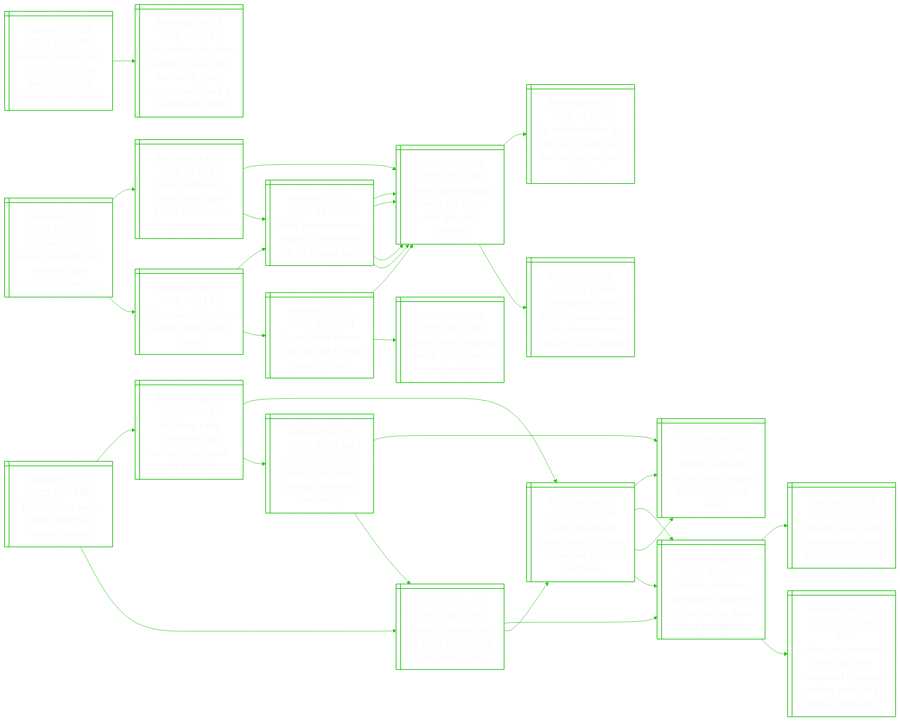
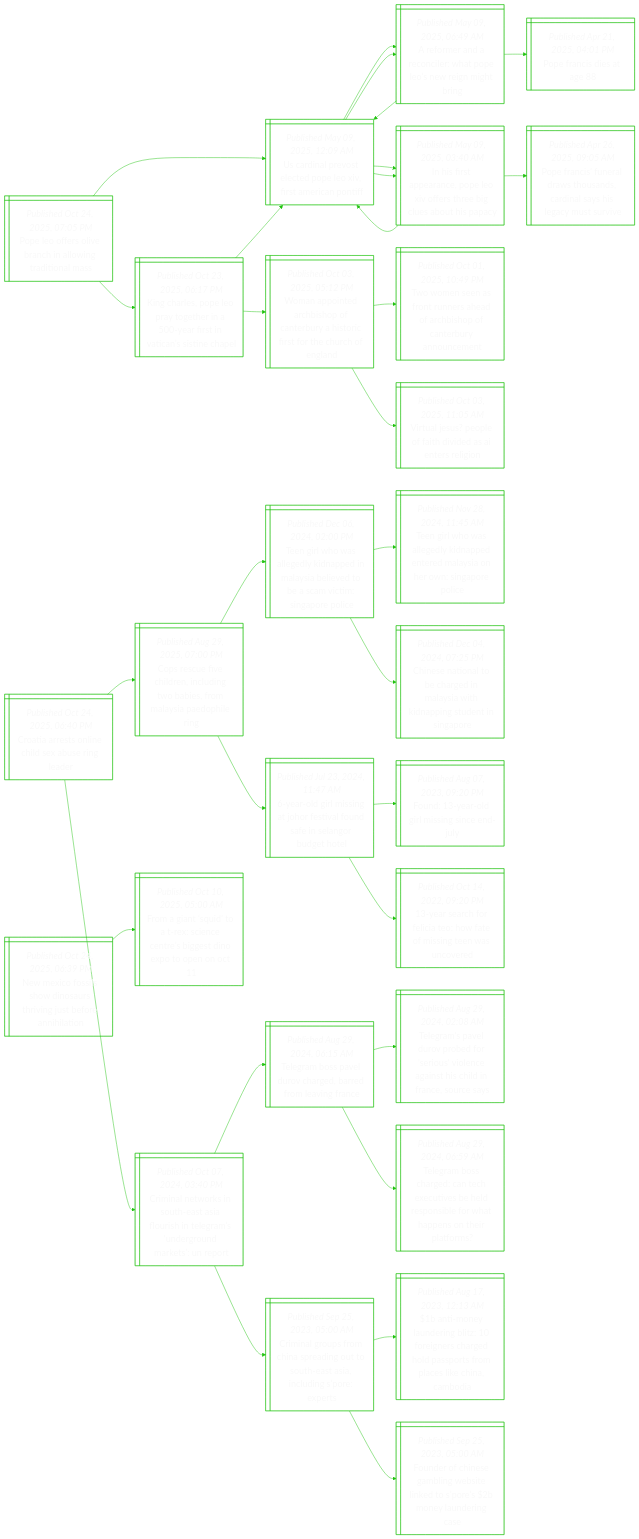
The diagram in README.md (notJmes/notJmes), drawn with Mermaid before and after one commit. The commit also changed other lines of this file, not shown here.

````diff
--- a/README.md
+++ b/README.md
@@ -16,103 +16,103 @@
 flowchart LR
 classDef txtsize font-size:20px;
 
-Bsorflafns@{ shape: win-pane, label: "_Published Oct 24, 2025, 03:35 PM_
-British labour party suffers landmark defeat in wales" }
-AornnSevehet@{ shape: win-pane, label: "_Published Sep 29, 2025, 06:03 PM_
-At labour party conference, pm starmer’s rival steals the limelight" }
-Fedrhtftruon@{ shape: win-pane, label: "_Published Sep 26, 2025, 05:34 PM_
-Farage would win british election if held tomorrow, yougov poll finds" }
-Biptrtdordr@{ shape: win-pane, label: "_Published Sep 22, 2025, 09:06 PM_
-Britain’s populist reform party pledges tougher residency rules" }
-BinumogIwrellgo@{ shape: win-pane, label: "_Published Sep 26, 2025, 02:42 PM_
-Britain to introduce compulsory digital id for workers to deter illegal immigration" }
-Biteemnepnen@{ shape: win-pane, label: "_Published Sep 29, 2025, 05:38 AM_
-Britain may toughen rules for migrants seeking permanent residency" }
-Biptrtdordr@{ shape: win-pane, label: "_Published Sep 22, 2025, 09:06 PM_
-Britain’s populist reform party pledges tougher residency rules" }
-Biacotnnpln@{ shape: win-pane, label: "_Published Sep 28, 2025, 06:13 PM_
-Britain’s starmer calls on party to unite and ‘stop navel-gazing’" }
-Biacotnnpln@{ shape: win-pane, label: "_Published Sep 28, 2025, 06:13 PM_
-Britain’s starmer calls on party to unite and ‘stop navel-gazing’" }
-BinumogIwrellgo@{ shape: win-pane, label: "_Published Sep 26, 2025, 02:42 PM_
-Britain to introduce compulsory digital id for workers to deter illegal immigration" }
-Bisictotmho@{ shape: win-pane, label: "_Published Aug 24, 2025, 09:45 AM_
-Britain’s mass facial recognition roll-out alarms rights groups" }
-ThnealmeEerdnrnt@{ shape: win-pane, label: "_Published Jun 12, 2025, 06:20 PM_
-The schengen agreement at 40: will free movement in europe endure amid rising migrant antipathy?" }
-Fedrhtftruon@{ shape: win-pane, label: "_Published Sep 26, 2025, 05:34 PM_
-Farage would win british election if held tomorrow, yougov poll finds" }
-Biptrtdordr@{ shape: win-pane, label: "_Published Sep 22, 2025, 09:06 PM_
-Britain’s populist reform party pledges tougher residency rules" }
-BinumogIwrellgo@{ shape: win-pane, label: "_Published Sep 26, 2025, 02:42 PM_
-Britain to introduce compulsory digital id for workers to deter illegal immigration" }
+Peeianwrim@{ shape: win-pane, label: "_Published Oct 24, 2025, 07:05 PM_
+Pope leo offers olive branch in allowing traditional mass" }
+UdPscooimat@{ shape: win-pane, label: "_Published May 09, 2025, 12:09 AM_
+Us cardinal prevost elected pope leo xiv, first american pontiff" }
+Arnclaenigi@{ shape: win-pane, label: "_Published May 09, 2025, 06:49 AM_
+A reformer and a reconciler: what pope leo’s new reign might bring" }
+Prsa@{ shape: win-pane, label: "_Published Apr 21, 2025, 04:01 PM_
+Pope francis dies at age 88" }
+UdPscooimat@{ shape: win-pane, label: "_Published May 09, 2025, 12:09 AM_
+Us cardinal prevost elected pope leo xiv, first american pontiff" }
+IfarPeoselbia@{ shape: win-pane, label: "_Published May 09, 2025, 03:40 AM_
+In his first appearance, pope leo xiv offers three big clues about his papacy" }
+UdPscooimat@{ shape: win-pane, label: "_Published May 09, 2025, 12:09 AM_
+Us cardinal prevost elected pope leo xiv, first american pontiff" }
+Prsraoddsiasv@{ shape: win-pane, label: "_Published Apr 26, 2025, 09:05 AM_
+Pope francis’ funeral draws thousands, cardinal says his legacy must survive" }
+KhsLaeiasanth@{ shape: win-pane, label: "_Published Oct 23, 2025, 06:17 PM_
+King charles, pope leo pray together in a 500-year first in vatican’s sistine chapel" }
+UdPscooimat@{ shape: win-pane, label: "_Published May 09, 2025, 12:09 AM_
+Us cardinal prevost elected pope leo xiv, first american pontiff" }
+Arnclaenigi@{ shape: win-pane, label: "_Published May 09, 2025, 06:49 AM_
+A reformer and a reconciler: what pope leo’s new reign might bring" }
+IfarPeoselbia@{ shape: win-pane, label: "_Published May 09, 2025, 03:40 AM_
+In his first appearance, pope leo xiv offers three big clues about his papacy" }
+Wanrsfeytffecnd@{ shape: win-pane, label: "_Published Oct 03, 2025, 05:12 PM_
+Woman appointed archbishop of canterbury a historic first for the church of england" }
+TmerusdchCrann@{ shape: win-pane, label: "_Published Oct 01, 2025, 10:49 PM_
+Two women seen as front runners ahead of archbishop of canterbury announcement" }
+VaupfdeIri@{ shape: win-pane, label: "_Published Oct 03, 2025, 11:05 AM_
+Virtual jesus? people of faith divided as ai enters religion" }
 
-Bsorflafns:::txtsize --> AornnSevehet:::txtsize
-AornnSevehet:::txtsize --> Fedrhtftruon:::txtsize
-Fedrhtftruon:::txtsize --> Biptrtdordr:::txtsize
-Fedrhtftruon:::txtsize --> BinumogIwrellgo:::txtsize
-AornnSevehet:::txtsize --> Biteemnepnen:::txtsize
-Biteemnepnen:::txtsize --> Biptrtdordr:::txtsize
-Biteemnepnen:::txtsize --> Biacotnnpln:::txtsize
-Bsorflafns:::txtsize --> Biacotnnpln:::txtsize
-Biacotnnpln:::txtsize --> BinumogIwrellgo:::txtsize
-BinumogIwrellgo:::txtsize --> Bisictotmho:::txtsize
-BinumogIwrellgo:::txtsize --> ThnealmeEerdnrnt:::txtsize
-Biacotnnpln:::txtsize --> Fedrhtftruon:::txtsize
-Fedrhtftruon:::txtsize --> Biptrtdordr:::txtsize
-Fedrhtftruon:::txtsize --> BinumogIwrellgo:::txtsize
+Peeianwrim:::txtsize --> UdPscooimat:::txtsize
+UdPscooimat:::txtsize --> Arnclaenigi:::txtsize
+Arnclaenigi:::txtsize --> Prsa:::txtsize
+Arnclaenigi:::txtsize --> UdPscooimat:::txtsize
+UdPscooimat:::txtsize --> IfarPeoselbia:::txtsize
+IfarPeoselbia:::txtsize --> UdPscooimat:::txtsize
+IfarPeoselbia:::txtsize --> Prsraoddsiasv:::txtsize
+Peeianwrim:::txtsize --> KhsLaeiasanth:::txtsize
+KhsLaeiasanth:::txtsize --> UdPscooimat:::txtsize
+UdPscooimat:::txtsize --> Arnclaenigi:::txtsize
+UdPscooimat:::txtsize --> IfarPeoselbia:::txtsize
+KhsLaeiasanth:::txtsize --> Wanrsfeytffecnd:::txtsize
+Wanrsfeytffecnd:::txtsize --> TmerusdchCrann:::txtsize
+Wanrsfeytffecnd:::txtsize --> VaupfdeIri:::txtsize
 
-Gnerswwulss@{ shape: win-pane, label: "_Published Oct 24, 2025, 01:40 PM_
-German mothers earn $45,000 less than women without children, study shows" }
-Gurgerketymuawr@{ shape: win-pane, label: "_Published Oct 05, 2024, 10:00 AM_
-Gen z mumz: forgoing careers to raise kids before 30, these young mums buck a nationwide trend" }
+Ciencsund@{ shape: win-pane, label: "_Published Oct 24, 2025, 06:40 PM_
+Croatia arrests online child sex abuse ring leader" }
+Cefhelgafaidlg@{ shape: win-pane, label: "_Published Aug 29, 2025, 07:00 PM_
+Cops rescue five children, including two babies, from malaysia paedophile ring" }
+TiolddeaiitsiSpo@{ shape: win-pane, label: "_Published Dec 06, 2024, 02:00 PM_
+Teen girl who was allegedly kidnapped in malaysia believed to be a scam victim: singapore police" }
+TiolddeeaieSpo@{ shape: win-pane, label: "_Published Nov 28, 2024, 11:45 AM_
+Teen girl who was allegedly kidnapped entered malaysia on her own: singapore police" }
+Csithdlakpsnio@{ shape: win-pane, label: "_Published Dec 04, 2024, 07:25 PM_
+Chinese national to be charged in malaysia with kidnapping student in singapore" }
+ylliJfvufeogt@{ shape: win-pane, label: "_Published Jul 23, 2024, 11:47 AM_
+6-year-old girl missing at johor festival found safe in selangor budget hotel" }
+Fyllind@{ shape: win-pane, label: "_Published Aug 07, 2023, 09:20 PM_
+Found: 13-year-old girl missing since end-july" }
+yeflTwosesv@{ shape: win-pane, label: "_Published Oct 14, 2022, 09:20 PM_
+13-year search for felicia teo: how fate of missing teen was uncovered" }
+Cntsusarngugdert@{ shape: win-pane, label: "_Published Oct 07, 2024, 03:40 PM_
+Criminal networks in south-east asia flourish in telegram’s ‘underground markets’: un report" }
+Trseorafegc@{ shape: win-pane, label: "_Published Aug 29, 2024, 06:15 AM_
+Telegram boss pavel durov charged, barred from leaving france" }
+TraurfrvnahiFecs@{ shape: win-pane, label: "_Published Aug 29, 2024, 02:08 AM_
+Telegram's pavel durov probed for 'serious' violence against his child in france, source says" }
+Trsrahuslpbrhnhlr@{ shape: win-pane, label: "_Published Aug 29, 2024, 06:59 AM_
+Telegram boss charged: can tech executives be held responsible for what happens on their platforms?" }
+Cnorirntttidpxs@{ shape: win-pane, label: "_Published Sep 25, 2023, 05:00 AM_
+Criminal groups from china spreading out to south-east asia, including s’pore: experts" }
+bmlebfgcedpfllhai@{ shape: win-pane, label: "_Published Aug 17, 2023, 12:13 AM_
+$1b anti-money laundering blitz: 10 foreigners charged hold passports from places like china, cambodia" }
+Feheleeepbydg@{ shape: win-pane, label: "_Published Sep 25, 2023, 05:00 AM_
+Founder of chinese gambling website linked to s’pore’s $2b money laundering case" }
 
-Gnerswwulss:::txtsize --> Gurgerketymuawr:::txtsize
+Ciencsund:::txtsize --> Cefhelgafaidlg:::txtsize
+Cefhelgafaidlg:::txtsize --> TiolddeaiitsiSpo:::txtsize
+TiolddeaiitsiSpo:::txtsize --> TiolddeeaieSpo:::txtsize
+TiolddeaiitsiSpo:::txtsize --> Csithdlakpsnio:::txtsize
+Cefhelgafaidlg:::txtsize --> ylliJfvufeogt:::txtsize
+ylliJfvufeogt:::txtsize --> Fyllind:::txtsize
+ylliJfvufeogt:::txtsize --> yeflTwosesv:::txtsize
+Ciencsund:::txtsize --> Cntsusarngugdert:::txtsize
+Cntsusarngugdert:::txtsize --> Trseorafegc:::txtsize
+Trseorafegc:::txtsize --> TraurfrvnahiFecs:::txtsize
+Trseorafegc:::txtsize --> Trsrahuslpbrhnhlr:::txtsize
+Cntsusarngugdert:::txtsize --> Cnorirntttidpxs:::txtsize
+Cnorirntttidpxs:::txtsize --> bmlebfgcedpfllhai:::txtsize
+Cnorirntttidpxs:::txtsize --> Feheleeepbydg:::txtsize
 
-Gnahrieohlhci@{ shape: win-pane, label: "_Published Oct 24, 2025, 01:32 PM_
-German company behind truck-lift used in louvre heist launches ad campaign" }
-LeePOhretmu@{ shape: win-pane, label: "_Published Oct 20, 2025, 01:01 AM_
-Louvre robbery in paris: other high-profile heists from museums" }
-Ptineluiisey@{ shape: win-pane, label: "_Published Oct 19, 2025, 05:51 PM_
-Power tool-wielding thieves flee louvre with ‘priceless’ jewellery" }
-GpboiPoidaes@{ shape: win-pane, label: "_Published Apr 28, 2025, 01:06 PM_
-‘grandpa robbers’ go on trial in paris over kim kardashian jewel heist" }
-Gpssofemmnsrt@{ shape: win-pane, label: "_Published Jun 02, 2025, 11:15 PM_
-Greenpeace steals $59,000 macron wax figure from museum for anti-russia protest" }
-PLeubhwitea@{ shape: win-pane, label: "_Published Oct 20, 2025, 02:36 AM_
-Paris’ louvre museum robbery: what jewels did the thieves steal?" }
-Ptineluiisey@{ shape: win-pane, label: "_Published Oct 19, 2025, 05:51 PM_
-Power tool-wielding thieves flee louvre with ‘priceless’ jewellery" }
-Ptineluiisey@{ shape: win-pane, label: "_Published Oct 19, 2025, 05:51 PM_
-Power tool-wielding thieves flee louvre with ‘priceless’ jewellery" }
-FeiDmaLet@{ shape: win-pane, label: "_Published Oct 24, 2025, 08:11 AM_
-France examining dna samples after louvre heist" }
-PLeubhwitea@{ shape: win-pane, label: "_Published Oct 20, 2025, 02:36 AM_
-Paris’ louvre museum robbery: what jewels did the thieves steal?" }
-Ptineluiisey@{ shape: win-pane, label: "_Published Oct 19, 2025, 05:51 PM_
-Power tool-wielding thieves flee louvre with ‘priceless’ jewellery" }
-Ptineluiisey@{ shape: win-pane, label: "_Published Oct 19, 2025, 05:51 PM_
-Power tool-wielding thieves flee louvre with ‘priceless’ jewellery" }
-LefeVfeei@{ shape: win-pane, label: "_Published Oct 23, 2025, 12:47 AM_
-Louvre chief blames cctv gaps for $130m jewellery heist" }
-Ptineluiisey@{ shape: win-pane, label: "_Published Oct 19, 2025, 05:51 PM_
-Power tool-wielding thieves flee louvre with ‘priceless’ jewellery" }
-LesuFhnlib@{ shape: win-pane, label: "_Published Oct 22, 2025, 09:30 AM_
-Louvre tours featuring french crown jewels now in doubt" }
+Nxosdahntrit@{ shape: win-pane, label: "_Published Oct 24, 2025, 06:39 PM_
+New mexico fossils show dinosaurs thriving just before annihilation" }
+Fgsteeesenoec@{ shape: win-pane, label: "_Published Oct 10, 2025, 05:00 AM_
+From a giant ‘squid’ to a t-rex: science centre’s biggest dino expo to open on oct 11" }
 
-Gnahrieohlhci:::txtsize --> LeePOhretmu:::txtsize
-LeePOhretmu:::txtsize --> Ptineluiisey:::txtsize
-Ptineluiisey:::txtsize --> GpboiPoidaes:::txtsize
-Ptineluiisey:::txtsize --> Gpssofemmnsrt:::txtsize
-LeePOhretmu:::txtsize --> PLeubhwitea:::txtsize
-PLeubhwitea:::txtsize --> Ptineluiisey:::txtsize
-PLeubhwitea:::txtsize --> Ptineluiisey:::txtsize
-Gnahrieohlhci:::txtsize --> FeiDmaLet:::txtsize
-FeiDmaLet:::txtsize --> PLeubhwitea:::txtsize
-PLeubhwitea:::txtsize --> Ptineluiisey:::txtsize
-PLeubhwitea:::txtsize --> Ptineluiisey:::txtsize
-FeiDmaLet:::txtsize --> LefeVfeei:::txtsize
-LefeVfeei:::txtsize --> Ptineluiisey:::txtsize
-LefeVfeei:::txtsize --> LesuFhnlib:::txtsize
+Nxosdahntrit:::txtsize --> Fgsteeesenoec:::txtsize
 
 ```
````
